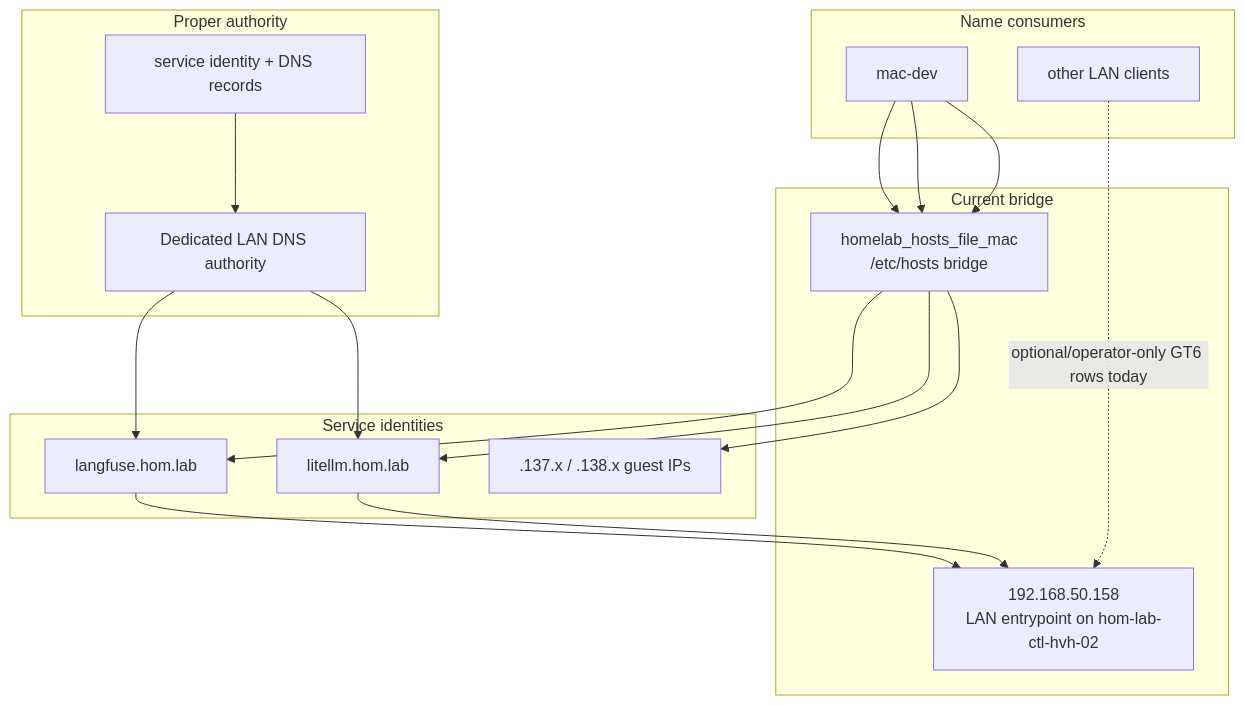
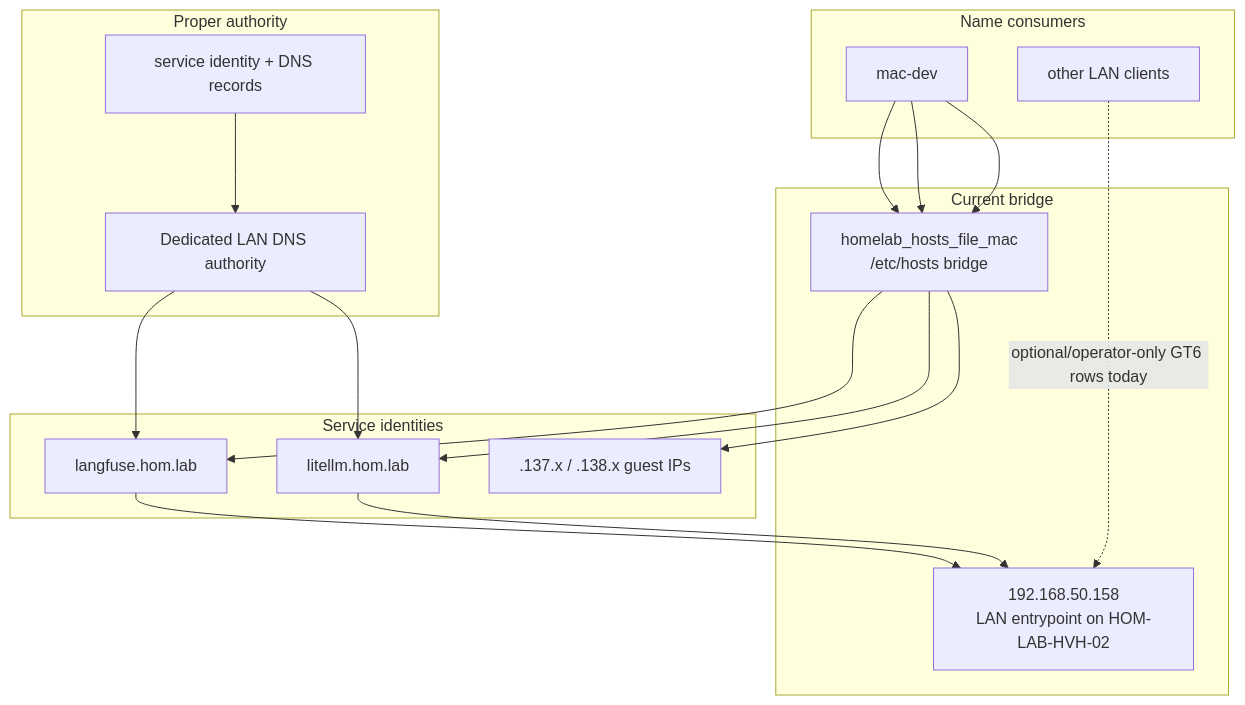
Before and after one commit to doesitscript/dotfile-vnext: the third of 3 diagrams in docs/plans/2026-05-28--hyperv-routed-subnet-convergence-and-traefik-name-bridge/README.md, drawn with Mermaid. The commit also changed other lines of this file and 271 other files, not shown here.

First line of the commit message:
Rename schema dropping middle ctl and update HOM-LAB-CTL-HVH-01

````diff
--- a/docs/plans/2026-05-28--hyperv-routed-subnet-convergence-and-traefik-name-bridge/README.md
+++ b/docs/plans/2026-05-28--hyperv-routed-subnet-convergence-and-traefik-name-bridge/README.md
@@ -196,33 +196,33 @@
 ```mermaid
 flowchart TB
   subgraph clients [Name consumers]
     mac["mac-dev"]
     lan["other LAN clients"]
   end
 
   subgraph temporary [Current bridge]
     hosts["homelab_hosts_file_mac\n/etc/hosts bridge"]
-    entry["192.168.50.158\nLAN entrypoint on hom-lab-ctl-hvh-02"]
+    entry["192.168.50.158\nLAN entrypoint on HOM-LAB-HVH-02"]
   end
 
   subgraph services [Service identities]
     lang["langfuse.hom.lab"]
     lite["litellm.hom.lab"]
     guests[".137.x / .138.x guest IPs"]
   end
 
   subgraph future [Proper authority]
     dns["Dedicated LAN DNS authority"]
     ssot["service identity + DNS records"]
   end
 
   mac --> hosts --> lang
   mac --> hosts --> lite
   mac --> hosts --> guests
   lang --> entry
   lite --> entry
   lan -.optional/operator-only GT6 rows today.-> entry
   dns --> lang
   dns --> lite
   ssot --> dns
 ```
````
